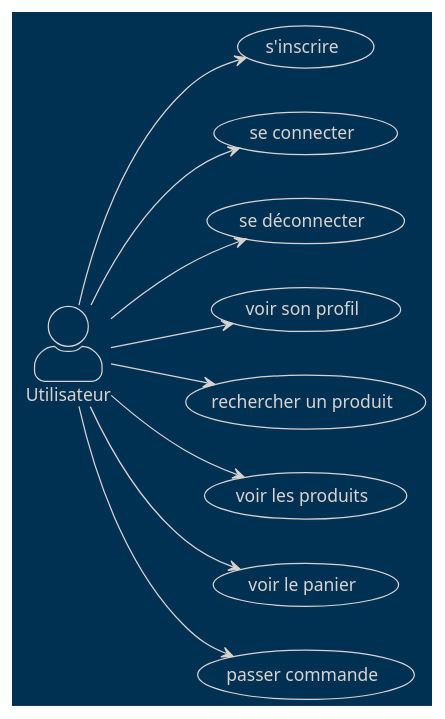
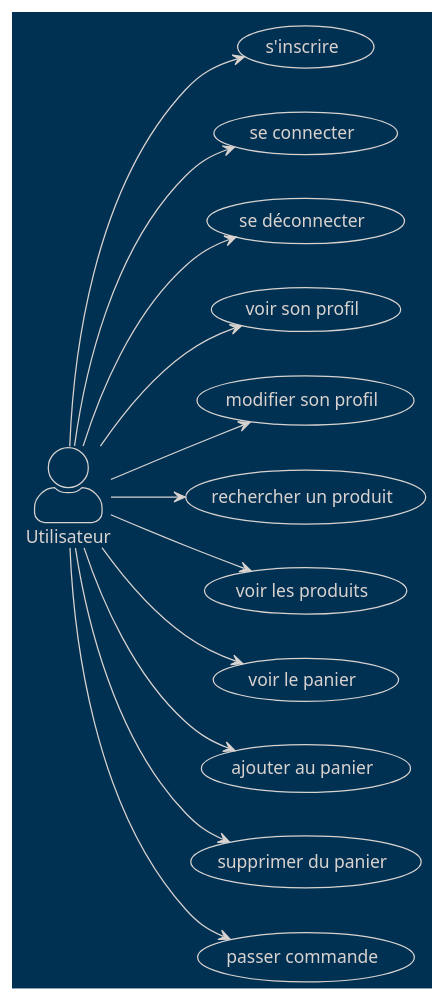
The diagram in diagram/useCase/user.wsd (Pixeloceax/HarmonyHeaven), drawn with PlantUML before and after one commit.

Commit message:
[FIX] - ajout des usecases suivants : modifier le profil, ajouter au panier, supprimer du panier

```diff
--- a/diagram/useCase/user.wsd
+++ b/diagram/useCase/user.wsd
@@ -1,27 +1,33 @@
 @startuml useCase user
 !theme blueprint
 
 skinparam actorStyle awesome
 
 actor Utilisateur as User
 left to right direction
 
 usecase "s'inscrire" as register
 usecase "se connecter" as login
 usecase "se déconnecter" as logout
-usecase "voir son profil" as profile
+usecase "voir son profil" as seeProfile
+usecase "modifier son profil" as editProfile
 usecase "rechercher un produit" as searchProduct
-usecase "voir les produits" as products
-usecase "voir le panier" as cart
+usecase "voir les produits" as seeProducts
+usecase "voir le panier" as seeCart
+usecase "ajouter au panier" as addToCart
+usecase "supprimer du panier" as removeFromCart
 usecase "passer commande" as order
 
+User --> register
 User --> login
-User --> register
-User --> products
+User --> logout
+User --> seeProfile
+User --> editProfile
 User --> searchProduct
-User --> cart
+User --> seeProducts
+User --> seeCart
+User --> addToCart
+User --> removeFromCart
 User --> order
-User --> profile
-User --> logout
 
 @enduml
```
